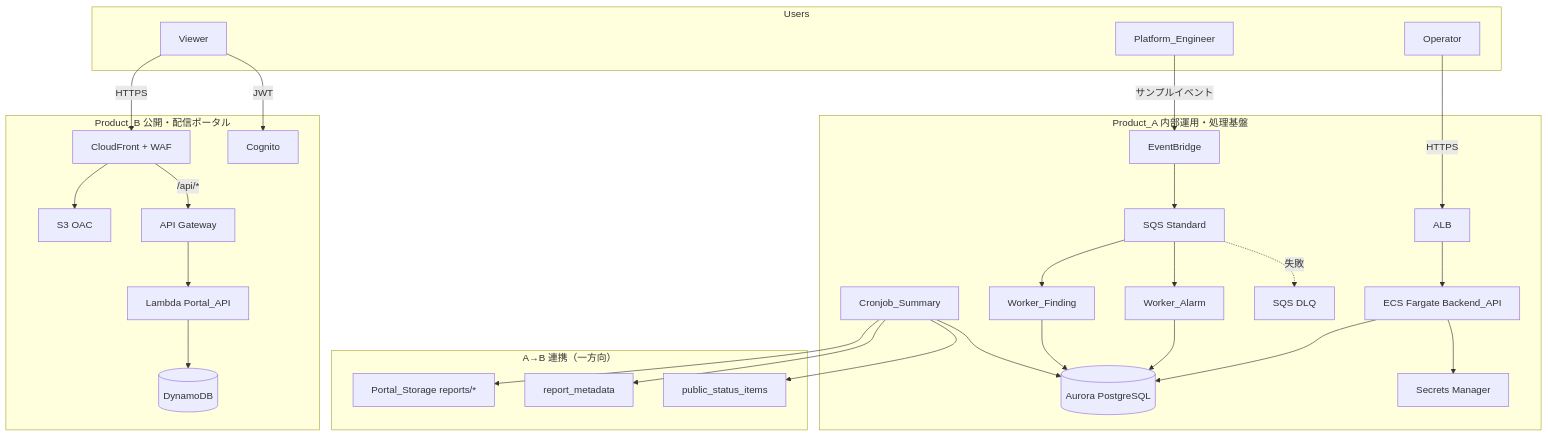
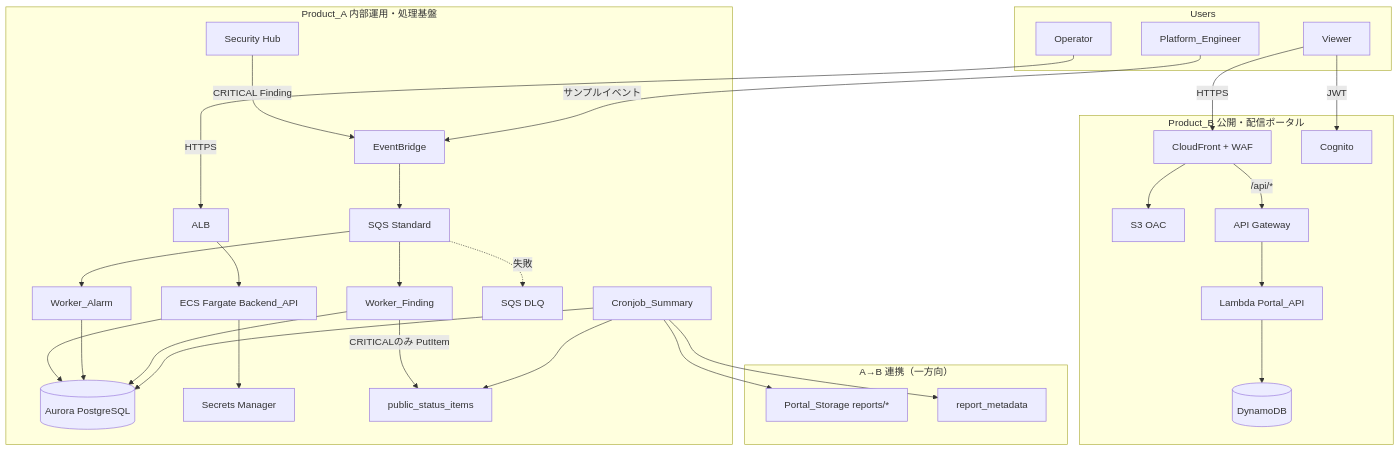
The first of 3 diagrams in docs/architecture/architecture-overview.md (deutch6122/aws-incident-security-ops-platform), drawn with Mermaid before and after one commit. The commit also changed other lines of this file and 31 other files, not shown here.

````diff
--- a/docs/architecture/architecture-overview.md
+++ b/docs/architecture/architecture-overview.md
@@ -16,37 +16,39 @@
 ```mermaid
 flowchart TB
     subgraph Users
         OP[Operator]
         VW[Viewer]
         PE[Platform_Engineer]
     end
     subgraph ProductA["Product_A 内部運用・処理基盤"]
         ALB[ALB] --> API[ECS Fargate Backend_API]
         API --> AUR[(Aurora PostgreSQL)]
         API --> SM[Secrets Manager]
-        EB[EventBridge] --> SQS[SQS Standard]
+        SH[Security Hub] -->|CRITICAL Finding| EB[EventBridge]
+        EB --> SQS[SQS Standard]
         SQS --> WA[Worker_Alarm]
         SQS --> WF[Worker_Finding]
         SQS -.失敗.-> DLQ[SQS DLQ]
         WA --> AUR
         WF --> AUR
+        WF -->|CRITICALのみ PutItem| PSI
         CS[Cronjob_Summary] --> AUR
     end
     subgraph Link["A→B 連携（一方向）"]
         PS[Portal_Storage reports/*]
         RM[report_metadata]
         PSI[public_status_items]
     end
     subgraph ProductB["Product_B 公開・配信ポータル"]
         CF[CloudFront + WAF] --> S3[S3 OAC]
         CF -->|/api/*| APIGW[API Gateway] --> LMD[Lambda Portal_API] --> DDB[(DynamoDB)]
         COG[Cognito]
     end
     OP -->|HTTPS| ALB
     PE -->|サンプルイベント| EB
     CS --> PS
     CS --> RM
     CS --> PSI
     VW -->|JWT| COG
     VW -->|HTTPS| CF
 ```
````
